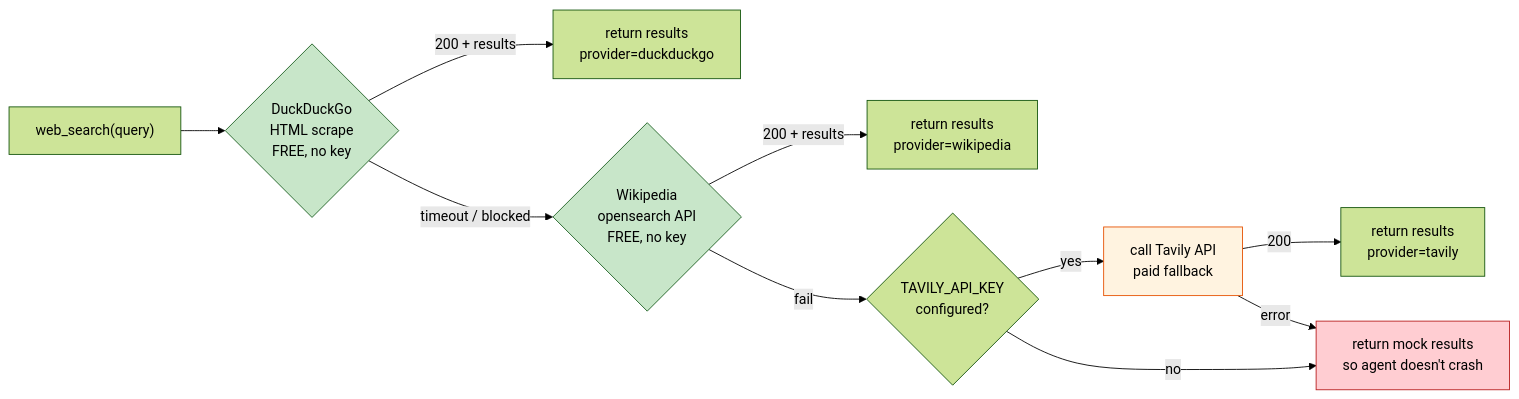
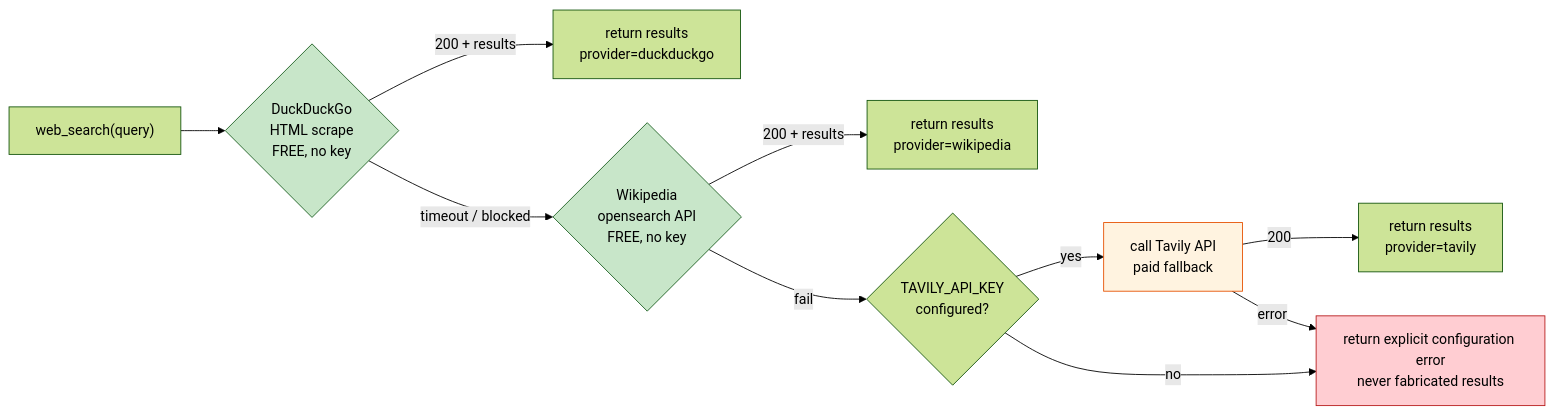
Before and after one commit to Kaustubh-Rathi/adforge: diagram 11 of 17 in docs/DESIGN.md, drawn with Mermaid (forest theme). The commit also changed other lines of this file and 5 other files, not shown here.

````diff
--- a/docs/DESIGN.md
+++ b/docs/DESIGN.md
@@ -459,17 +459,17 @@
 ```mermaid
 flowchart LR
     Query["web_search(query)"] --> DDG{DuckDuckGo<br/>HTML scrape<br/>FREE, no key}
     DDG -->|200 + results| Return1["return results<br/>provider=duckduckgo"]
     DDG -->|timeout / blocked| Wiki{Wikipedia<br/>opensearch API<br/>FREE, no key}
     Wiki -->|200 + results| Return2["return results<br/>provider=wikipedia"]
     Wiki -->|fail| Tavily{TAVILY_API_KEY<br/>configured?}
     Tavily -->|yes| TavilyAPI["call Tavily API<br/>paid fallback"]
-    Tavily -->|no| Mock["return mock results<br/>so agent doesn't crash"]
+    Tavily -->|no| Error["return explicit configuration error<br/>never fabricated results"]
     TavilyAPI -->|200| Return3["return results<br/>provider=tavily"]
-    TavilyAPI -->|error| Mock
+    TavilyAPI -->|error| Error
 
     style DDG fill:#c8e6c9,stroke:#1b5e20
     style Wiki fill:#c8e6c9,stroke:#1b5e20
     style TavilyAPI fill:#fff3e0,stroke:#e65100
-    style Mock fill:#ffcdd2,stroke:#b71c1c
+    style Error fill:#ffcdd2,stroke:#b71c1c
 ```
````
